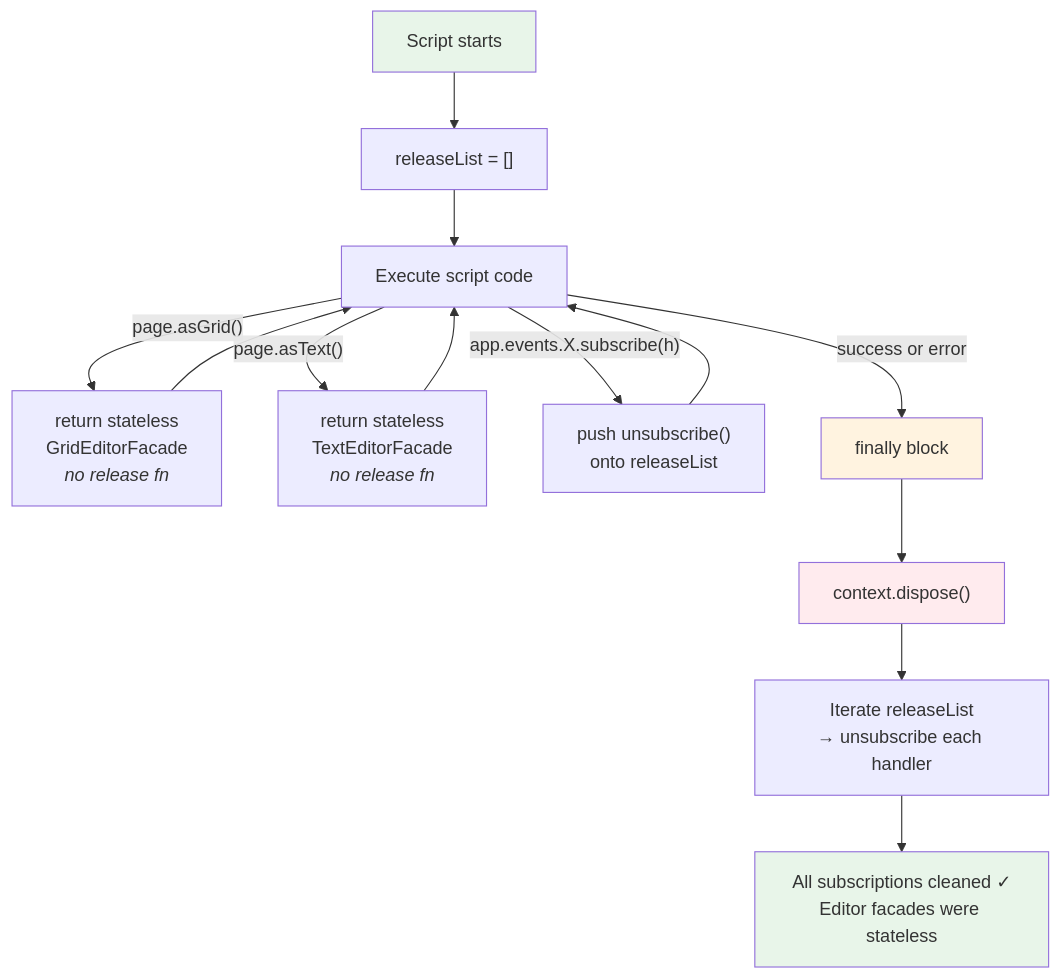
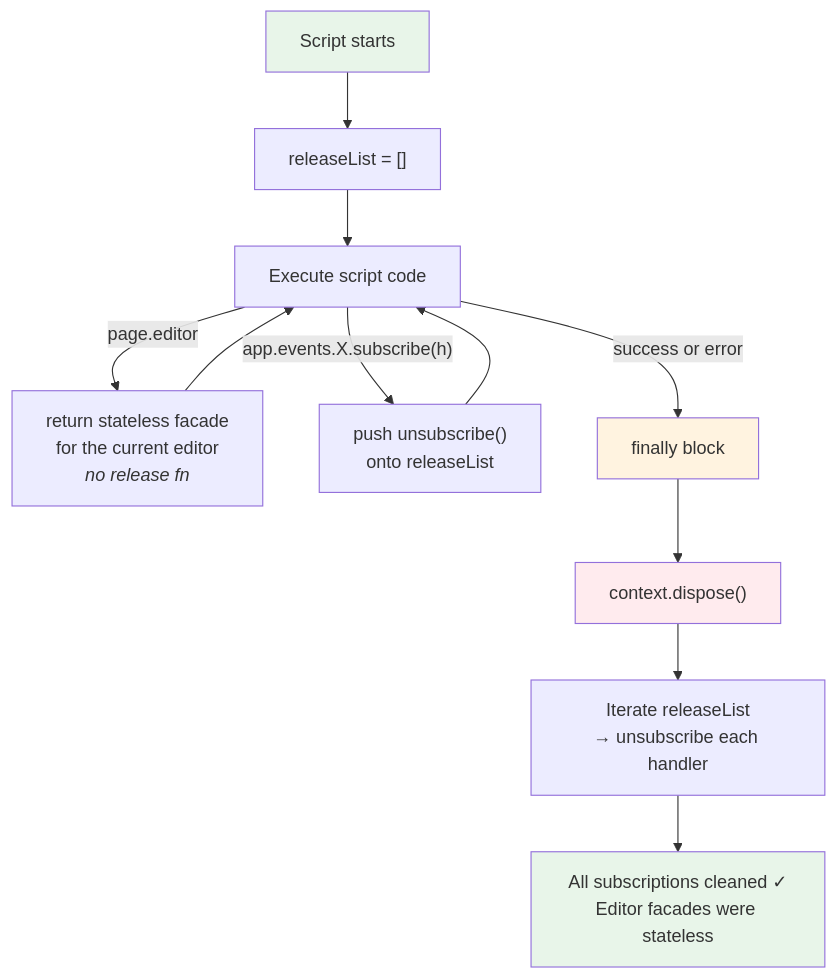
The diagram in doc/architecture/diagrams/5-auto-release.mmd (andriy-viyatyk/js-notepad), drawn with Mermaid before and after one commit. The commit also changed 94 other files, not shown here.

```diff
--- a/doc/architecture/diagrams/5-auto-release.mmd
+++ b/doc/architecture/diagrams/5-auto-release.mmd
@@ -1,21 +1,19 @@
 flowchart TB
     START["Script starts"] --> CREATE["releaseList = []"]
     CREATE --> RUN["Execute script code"]
 
-    RUN --> |"page.asGrid()"| FAC1["return stateless<br/>GridEditorFacade<br/><i>no release fn</i>"]
-    RUN --> |"page.asText()"| FAC2["return stateless<br/>TextEditorFacade<br/><i>no release fn</i>"]
+    RUN --> |"page.editor"| FAC["return stateless facade<br/>for the current editor<br/><i>no release fn</i>"]
     RUN --> |"app.events.X.subscribe(h)"| SUB["push unsubscribe()<br/>onto releaseList"]
 
-    FAC1 --> RUN
-    FAC2 --> RUN
+    FAC --> RUN
     SUB --> RUN
 
     RUN --> |"success or error"| FINALLY["finally block"]
     FINALLY --> CLEANUP["context.dispose()"]
     CLEANUP --> REL["Iterate releaseList<br/>→ unsubscribe each handler"]
     REL --> DONE["All subscriptions cleaned ✓<br/>Editor facades were stateless"]
 
     style START fill:#e8f5e9
     style FINALLY fill:#fff3e0
     style CLEANUP fill:#ffebee
     style DONE fill:#e8f5e9
```
